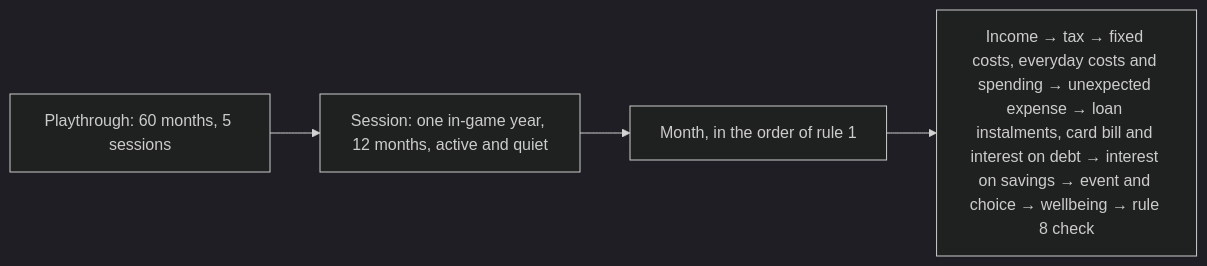
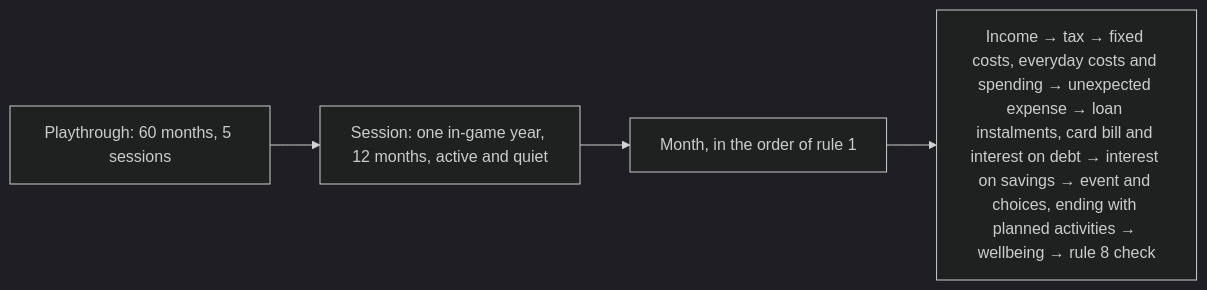
Before and after one commit to IBE160-2026/G13-dahl-eggen-naess-ring: the first of 2 diagrams in .docs/planning-artifacts/prds/prd-IBE160-G13-2026-10-22/prd.md, drawn with Mermaid (dark theme). The commit also changed other lines of this file and 4 other files, not shown here.

````diff
--- a/.docs/planning-artifacts/prds/prd-IBE160-G13-2026-10-22/prd.md
+++ b/.docs/planning-artifacts/prds/prd-IBE160-G13-2026-10-22/prd.md
@@ -394,6 +433,6 @@
 ```mermaid
 flowchart LR
     P["Playthrough: 60 months, 5 sessions"] --> S["Session: one in-game year, 12 months, active and quiet"]
     S --> M["Month, in the order of rule 1"]
-    M --> O["Income → tax → fixed costs, everyday costs and spending → unexpected expense → loan instalments, card bill and interest on debt → interest on savings → event and choice → wellbeing → rule 8 check"]
+    M --> O["Income → tax → fixed costs, everyday costs and spending → unexpected expense → loan instalments, card bill and interest on debt → interest on savings → event and choices, ending with planned activities → wellbeing → rule 8 check"]
 ```
````
